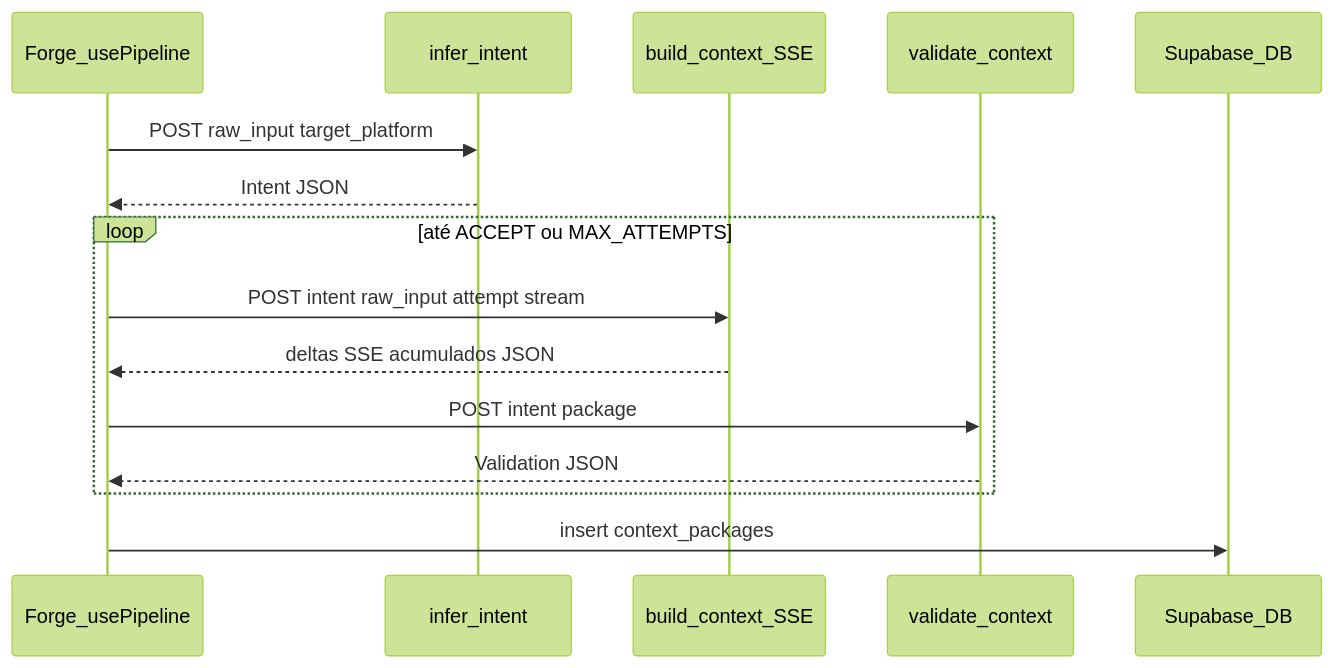
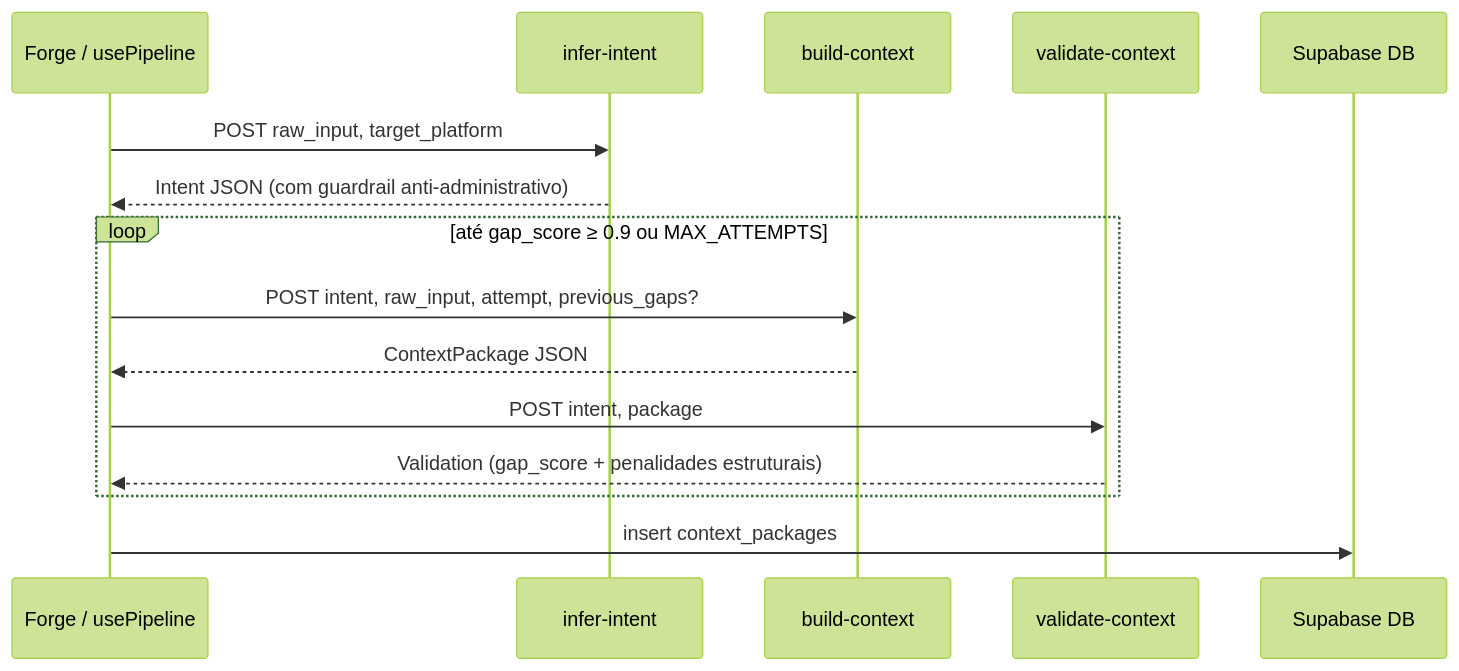
Before and after one commit to medfinance360-bit/context-forge: the diagram in docs/ENGINEERING.md, drawn with Mermaid (forest theme). The commit also changed other lines of this file and 5 other files, not shown here.

````diff
--- a/docs/ENGINEERING.md
+++ b/docs/ENGINEERING.md
@@ -83,18 +94,18 @@
 ```mermaid
 sequenceDiagram
-  participant UI as Forge_usePipeline
-  participant INF as infer_intent
-  participant BLD as build_context_SSE
-  participant VAL as validate_context
-  participant DB as Supabase_DB
+  participant UI as Forge / usePipeline
+  participant INF as infer-intent
+  participant BLD as build-context
+  participant VAL as validate-context
+  participant DB as Supabase DB
 
-  UI->>INF: POST raw_input target_platform
-  INF-->>UI: Intent JSON
-  loop até ACCEPT ou MAX_ATTEMPTS
-    UI->>BLD: POST intent raw_input attempt stream
-    BLD-->>UI: deltas SSE acumulados JSON
-    UI->>VAL: POST intent package
-    VAL-->>UI: Validation JSON
+  UI->>INF: POST raw_input, target_platform
+  INF-->>UI: Intent JSON (com guardrail anti-administrativo)
+  loop até gap_score ≥ 0.9 ou MAX_ATTEMPTS
+    UI->>BLD: POST intent, raw_input, attempt, previous_gaps?
+    BLD-->>UI: ContextPackage JSON
+    UI->>VAL: POST intent, package
+    VAL-->>UI: Validation (gap_score + penalidades estruturais)
   end
   UI->>DB: insert context_packages
 ```
````
